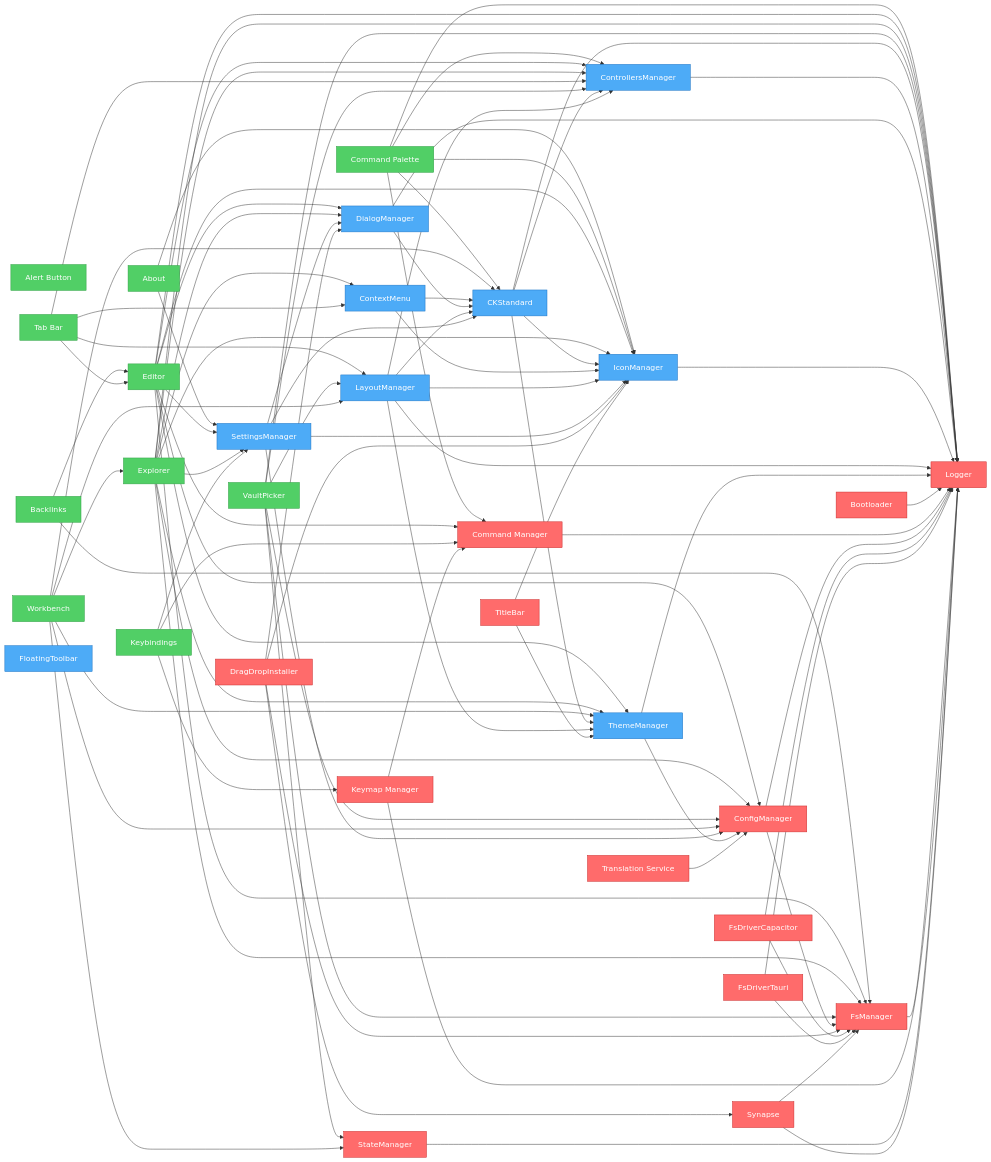
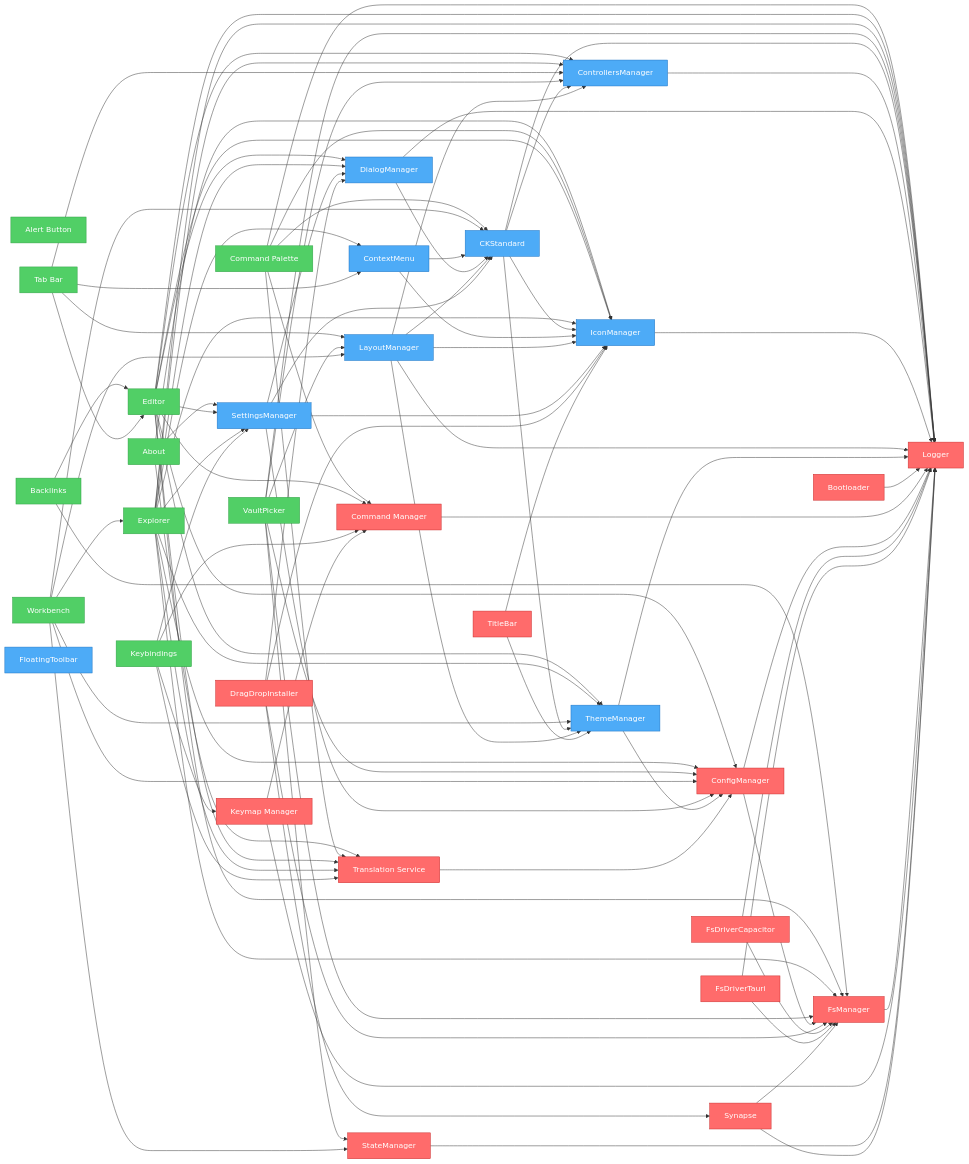
Before and after one commit to khton-tech/notehub.md: the diagram in artifacts/graph.mmd, drawn with Mermaid. The commit also changed 34 other files, not shown here.

Commit message:
feat: Introduce a new file system management system with Capacitor and Tauri drivers, and add multiple new features including Explorer, About, Keybindings, Editor, and Command Palette.

```diff
--- a/artifacts/graph.mmd
+++ b/artifacts/graph.mmd
@@ -1,130 +1,134 @@
 flowchart LR
     nh_features_about["About"]
     nh_features_alert-button["Alert Button"]
+    nh_features_backlinks["Backlinks"]
     nh_features_command-palette["Command Palette"]
-    nh_features_backlinks["Backlinks"]
     nh_features_editor["Editor"]
     nh_features_explorer["Explorer"]
     nh_features_keybindings["Keybindings"]
     nh_features_tabbar["Tab Bar"]
     nh_features_vault-picker["VaultPicker"]
     nh_features_workbench["Workbench"]
     nh_ui_ck-standard["CKStandard"]
     nh_ui_context-menu["ContextMenu"]
     nh_ui_controllers-manager["ControllersManager"]
     nh_ui_dialog-manager["DialogManager"]
     nh_ui_floating-toolbar["FloatingToolbar"]
     nh_ui_icon-manager["IconManager"]
     nh_ui_layout-manager["LayoutManager"]
     nh_ui_settings-manager["SettingsManager"]
     nh_ui_theme-manager["ThemeManager"]
     nh_system_bootloader["Bootloader"]
     nh_system_command-manager["Command Manager"]
     nh_system_config-manager["ConfigManager"]
     nh_system_drag-drop["DragDropInstaller"]
     nh_system_fs-driver-capacitor["FsDriverCapacitor"]
     nh_system_fs-driver-tauri["FsDriverTauri"]
     nh_system_fs-manager["FsManager"]
     nh_system_i18n["Translation Service"]
     nh_system_keymap["Keymap Manager"]
     nh_system_logger["Logger"]
     nh_system_state-manager["StateManager"]
     nh_system_synapse["Synapse"]
     nh_system_titlebar["TitleBar"]
     nh_features_about --> nh_ui_settings-manager
     nh_features_about --> nh_ui_icon-manager
+    nh_features_about --> nh_system_i18n
+    nh_features_backlinks --> nh_features_editor
+    nh_features_backlinks --> nh_system_fs-manager
     nh_features_command-palette --> nh_system_command-manager
     nh_features_command-palette --> nh_system_logger
-    nh_features_command-palette --> nh_ui_controllers-manager
+    nh_features_command-palette --> nh_system_i18n
     nh_features_command-palette --> nh_ui_ck-standard
     nh_features_command-palette --> nh_ui_icon-manager
-    nh_features_backlinks --> nh_features_editor
-    nh_features_backlinks --> nh_system_fs-manager
     nh_features_editor --> nh_system_config-manager
     nh_features_editor --> nh_system_command-manager
+    nh_features_editor --> nh_system_i18n
     nh_features_editor --> nh_ui_settings-manager
     nh_features_editor --> nh_system_fs-manager
     nh_features_editor --> nh_system_logger
     nh_features_editor --> nh_ui_controllers-manager
     nh_features_editor --> nh_ui_dialog-manager
     nh_features_editor --> nh_ui_icon-manager
     nh_features_editor --> nh_ui_theme-manager
     nh_features_explorer --> nh_system_config-manager
+    nh_features_explorer --> nh_system_i18n
     nh_features_explorer --> nh_ui_settings-manager
     nh_features_explorer --> nh_system_fs-manager
     nh_features_explorer --> nh_system_logger
     nh_features_explorer --> nh_ui_controllers-manager
     nh_features_explorer --> nh_ui_icon-manager
     nh_features_explorer --> nh_ui_theme-manager
     nh_features_explorer --> nh_ui_context-menu
     nh_features_explorer --> nh_ui_dialog-manager
     nh_features_keybindings --> nh_ui_settings-manager
     nh_features_keybindings --> nh_system_command-manager
     nh_features_keybindings --> nh_system_keymap
+    nh_features_keybindings --> nh_system_i18n
     nh_features_tabbar --> nh_features_editor
     nh_features_tabbar --> nh_ui_controllers-manager
     nh_features_tabbar --> nh_ui_layout-manager
     nh_features_tabbar --> nh_ui_context-menu
     nh_features_vault-picker --> nh_system_fs-manager
     nh_features_vault-picker --> nh_system_config-manager
     nh_features_vault-picker --> nh_system_state-manager
     nh_features_vault-picker --> nh_system_logger
     nh_features_vault-picker --> nh_ui_controllers-manager
     nh_features_vault-picker --> nh_ui_layout-manager
     nh_features_workbench --> nh_system_config-manager
     nh_features_workbench --> nh_ui_layout-manager
     nh_features_workbench --> nh_ui_theme-manager
     nh_features_workbench --> nh_ui_ck-standard
     nh_features_workbench --> nh_system_state-manager
     nh_features_workbench --> nh_features_explorer
     nh_ui_ck-standard --> nh_system_logger
     nh_ui_ck-standard --> nh_ui_controllers-manager
     nh_ui_ck-standard --> nh_ui_icon-manager
     nh_ui_ck-standard --> nh_ui_theme-manager
     nh_ui_context-menu --> nh_ui_icon-manager
     nh_ui_context-menu --> nh_ui_ck-standard
     nh_ui_controllers-manager --> nh_system_logger
     nh_ui_dialog-manager --> nh_system_logger
     nh_ui_dialog-manager --> nh_ui_ck-standard
     nh_ui_icon-manager --> nh_system_logger
     nh_ui_layout-manager --> nh_system_logger
     nh_ui_layout-manager --> nh_ui_theme-manager
     nh_ui_layout-manager --> nh_ui_icon-manager
     nh_ui_layout-manager --> nh_ui_controllers-manager
     nh_ui_layout-manager --> nh_ui_ck-standard
     nh_ui_settings-manager --> nh_system_config-manager
     nh_ui_settings-manager --> nh_ui_ck-standard
     nh_ui_settings-manager --> nh_ui_icon-manager
     nh_ui_settings-manager --> nh_ui_dialog-manager
     nh_ui_theme-manager --> nh_system_logger
     nh_ui_theme-manager --> nh_system_config-manager
     nh_system_bootloader --> nh_system_logger
     nh_system_command-manager --> nh_system_logger
     nh_system_config-manager --> nh_system_logger
     nh_system_config-manager --> nh_system_fs-manager
     nh_system_drag-drop --> nh_ui_icon-manager
     nh_system_drag-drop --> nh_ui_dialog-manager
     nh_system_drag-drop --> nh_system_fs-manager
     nh_system_drag-drop --> nh_system_synapse
     nh_system_fs-driver-capacitor --> nh_system_logger
     nh_system_fs-driver-capacitor --> nh_system_fs-manager
     nh_system_fs-driver-tauri --> nh_system_logger
     nh_system_fs-driver-tauri --> nh_system_fs-manager
     nh_system_fs-manager --> nh_system_logger
     nh_system_i18n --> nh_system_config-manager
     nh_system_keymap --> nh_system_command-manager
     nh_system_keymap --> nh_system_logger
     nh_system_state-manager --> nh_system_logger
     nh_system_synapse --> nh_system_fs-manager
     nh_system_synapse --> nh_system_logger
     nh_system_titlebar --> nh_ui_icon-manager
     nh_system_titlebar --> nh_ui_theme-manager
 
     %% Styles
     classDef system fill:#ff6b6b,stroke:#c92a2a,color:#fff
     classDef ui fill:#4dabf7,stroke:#1971c2,color:#fff
     classDef feature fill:#51cf66,stroke:#2f9e44,color:#fff
     class nh_features_about,nh_features_alert-button,nh_features_backlinks,nh_features_keybindings,nh_features_vault-picker feature
     class nh_features_command-palette,nh_features_editor,nh_features_explorer,nh_features_tabbar,nh_features_workbench feature
     class nh_ui_ck-standard,nh_ui_context-menu,nh_ui_controllers-manager,nh_ui_dialog-manager,nh_ui_floating-toolbar,nh_ui_icon-manager,nh_ui_layout-manager,nh_ui_settings-manager,nh_ui_theme-manager ui
     class nh_system_bootloader,nh_system_command-manager,nh_system_config-manager,nh_system_drag-drop,nh_system_fs-driver-capacitor,nh_system_fs-driver-tauri,nh_system_fs-manager,nh_system_i18n,nh_system_keymap,nh_system_logger,nh_system_state-manager,nh_system_synapse,nh_system_titlebar system
```
